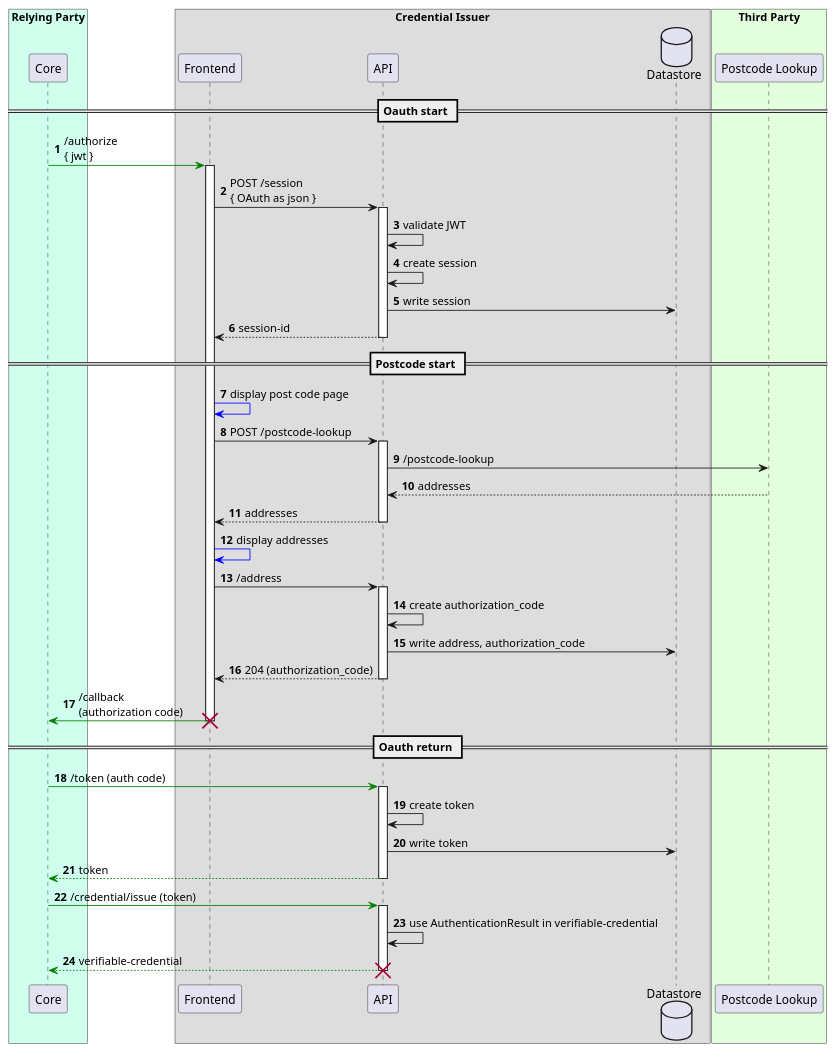
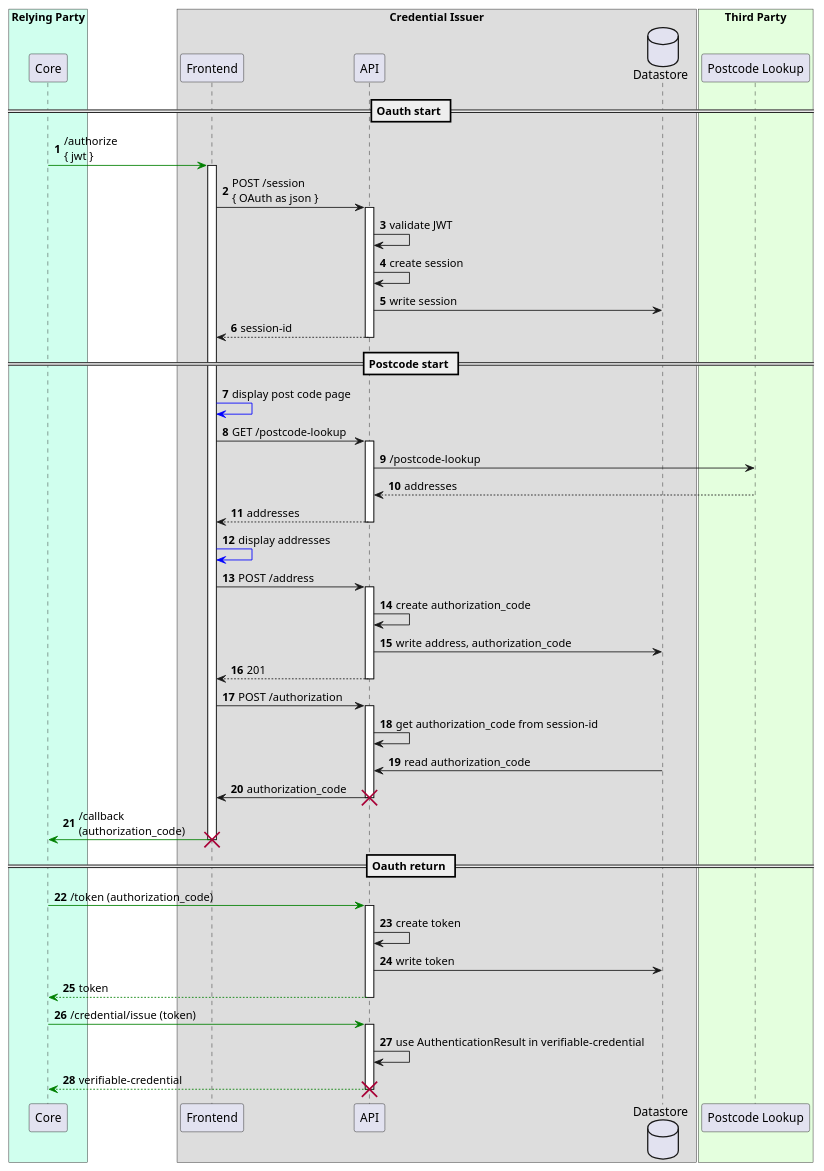
Before and after one commit to govuk-one-login/ipv-cri-address-api: the diagram in doc/api.puml, drawn with PlantUML. The commit also changed 5 other files, not shown here.

Commit message:
Update to move the authorization code response away from the /address endpoint and utilised /authorization common lambda Updated documentation Updated references to common submodules

```diff
--- a/doc/api.puml
+++ b/doc/api.puml
@@ -1,69 +1,76 @@
 @startuml
 'https://plantuml.com/sequence-diagram
 
 autonumber
 skinparam backgroundColor #ffffff
 
 'actor User
 box "Relying Party" #d0ffee
 participant Core as core
 end box
 
 box "Credential Issuer"
 participant Frontend as fe
 participant API as api
 database Datastore as db
 
 box "Third Party" #e4ffde
 participant "Postcode Lookup" as pcl
 end box
 == Oauth start ==
 
 core -[#green]> fe : /authorize\n{ jwt }
 activate fe
 
 fe -> api: POST /session\n{ OAuth as json }
 activate api
 api -> api: validate JWT
 api -> api: create session
 api -> db: write session
 return session-id
 
 == Postcode start ==
 
 fe-[#blue]>fe: display post code page
 
-fe -> api: POST /postcode-lookup
+fe -> api: GET /postcode-lookup
 activate api
 api->pcl: /postcode-lookup
 api<--pcl: addresses
 return addresses
 
 fe-[#blue]>fe: display addresses
 
-fe->api: /address
+fe->api: POST /address
 activate api
 
 api -> api: create authorization_code
 api -> db: write address, authorization_code
-return 204 (authorization_code)
+return 201
 
-core <[#green]- fe: /callback\n(authorization code)
+fe -> api: POST /authorization
+activate api
+api -> api: get authorization_code from session-id
+db -> api: read authorization_code
+api -> fe: authorization_code
+destroy api
+
+core <[#green]- fe: /callback\n(authorization_code)
 destroy fe
 == Oauth return ==
 
 
 
-core -[#green]> api: /token (auth code)
+core -[#green]> api: /token (authorization_code)
 activate api
 api -> api: create token
 api -> db: write token
 return token
 core -[#green]> api: /credential/issue (token)
 activate api
 api -> api: use AuthenticationResult in verifiable-credential
 return verifiable-credential
 
 
 destroy api
 @enduml
```
